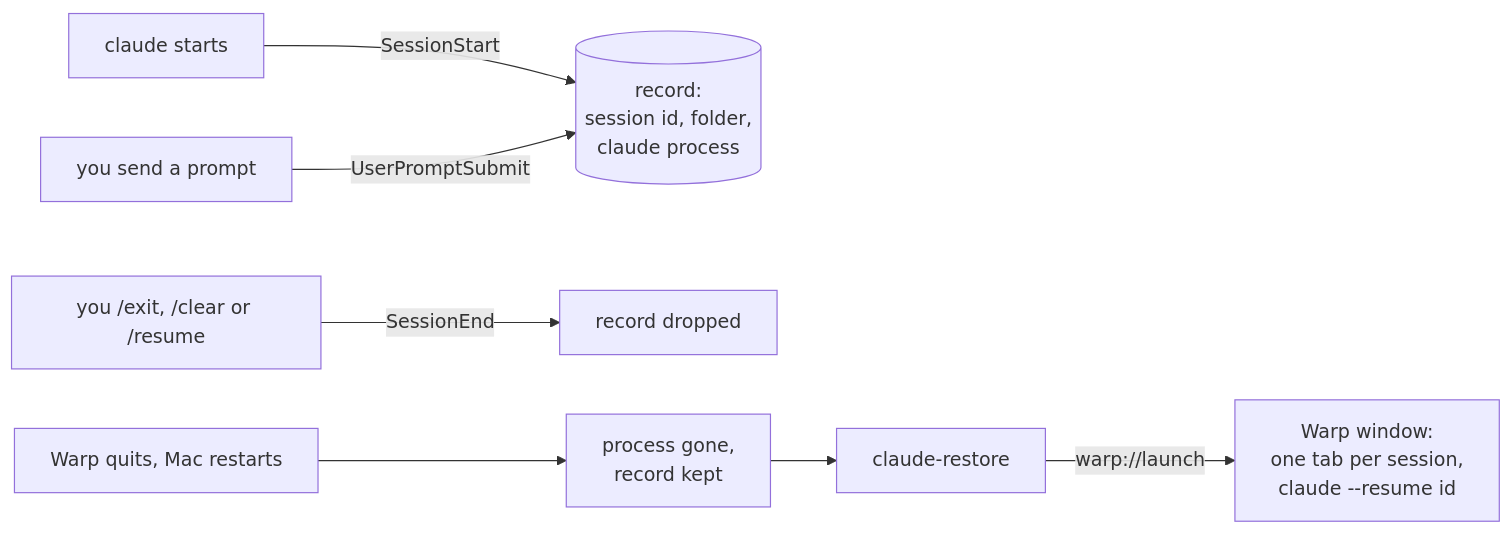
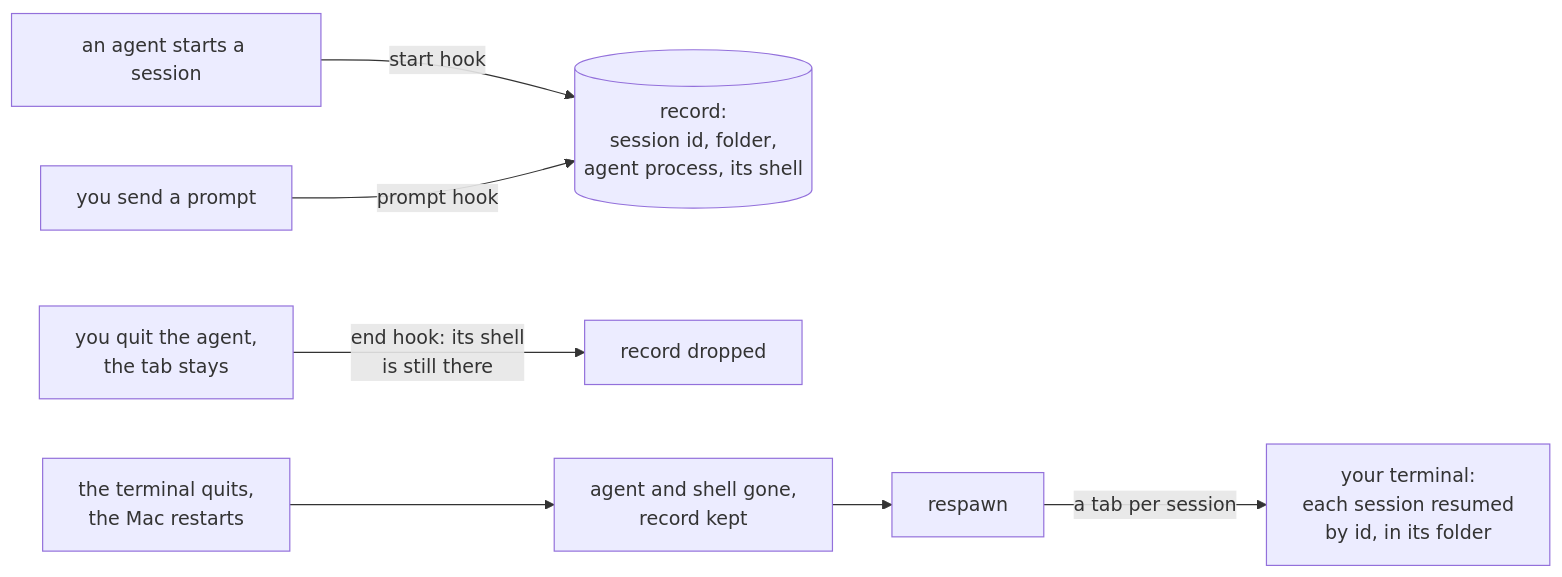
Before and after one commit to lorenzobalzani/respawn: the diagram in README.md, drawn with Mermaid. The commit also changed other lines of this file and 11 other files, not shown here.

````diff
--- a/README.md
+++ b/README.md
@@ -73,9 +119,9 @@
 ```mermaid
 flowchart LR
-    start["claude starts"] -- "SessionStart" --> rec[("record:<br/>session id, folder,<br/>claude process")]
-    prompt["you send a prompt"] -- "UserPromptSubmit" --> rec
-    leave["you /exit, /clear or /resume"] -- "SessionEnd" --> drop["record dropped"]
-    crash["Warp quits, Mac restarts"] --> dead["process gone,<br/>record kept"]
-    dead --> cmd["claude-restore"]
-    cmd -- "warp://launch" --> warp["Warp window:<br/>one tab per session,<br/>claude --resume id"]
+    start["an agent starts a session"] -- "start hook" --> rec[("record:<br/>session id, folder,<br/>agent process, its shell")]
+    prompt["you send a prompt"] -- "prompt hook" --> rec
+    quit["you quit the agent,<br/>the tab stays"] -- "end hook: its shell<br/>is still there" --> drop["record dropped"]
+    crash["the terminal quits,<br/>the Mac restarts"] --> gone["agent and shell gone,<br/>record kept"]
+    gone --> cmd["respawn"]
+    cmd -- "a tab per session" --> tabs["your terminal:<br/>each session resumed<br/>by id, in its folder"]
 ```
````
